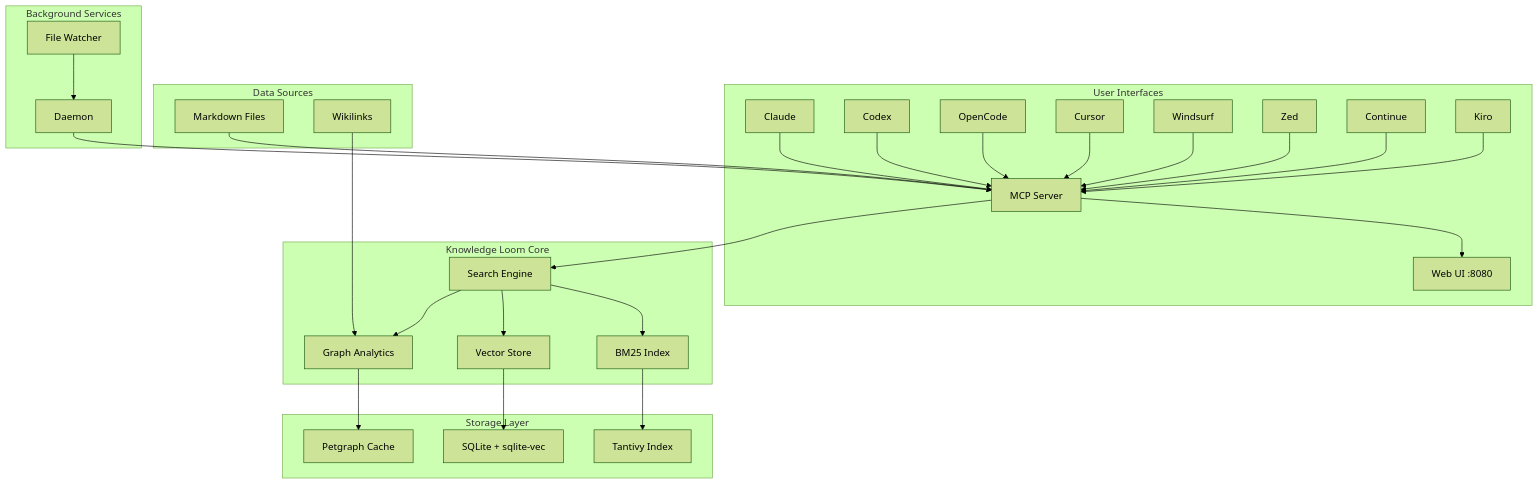
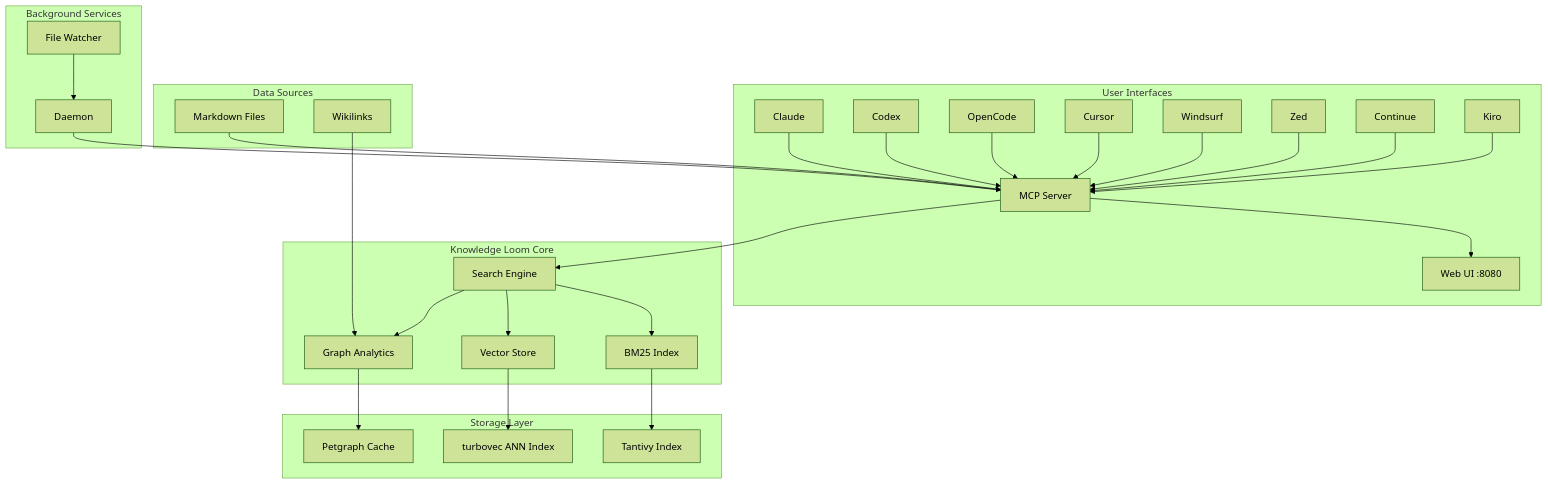
Before and after one commit to odinkirk/knowledge-loom: the first of 7 diagrams in Architecture.md, drawn with Mermaid (forest theme). The commit also changed other lines of this file and 34 other files, not shown here.

First line of the commit message:
feat(vector): integrate turbovec as ANN vector search backend (#13)

````diff
--- a/Architecture.md
+++ b/Architecture.md
@@ -7,37 +7,37 @@
 ```mermaid
 graph TB
     subgraph "User Interfaces"
         A[Claude] --> D[MCP Server]
         B[Codex] --> D
         C[OpenCode] --> D
         D --> E[Web UI :8080]
         F[Cursor] --> D
         G[Windsurf] --> D
         H[Zed] --> D
         I[Continue] --> D
         J[Kiro] --> D
     end
     
     subgraph "Knowledge Loom Core"
         D --> K[Search Engine]
         K --> L[BM25 Index]
         K --> M[Vector Store]
         K --> N[Graph Analytics]
     end
     
     subgraph "Storage Layer"
         L --> O[Tantivy Index]
-        M --> P[SQLite + sqlite-vec]
+        M --> P[turbovec ANN Index]
         N --> Q[Petgraph Cache]
     end
     
     subgraph "Data Sources"
         R[Markdown Files] --> D
         S[Wikilinks] --> N
     end
     
     subgraph "Background Services"
         T[Daemon] --> D
         U[File Watcher] --> T
     end
 ```
````
